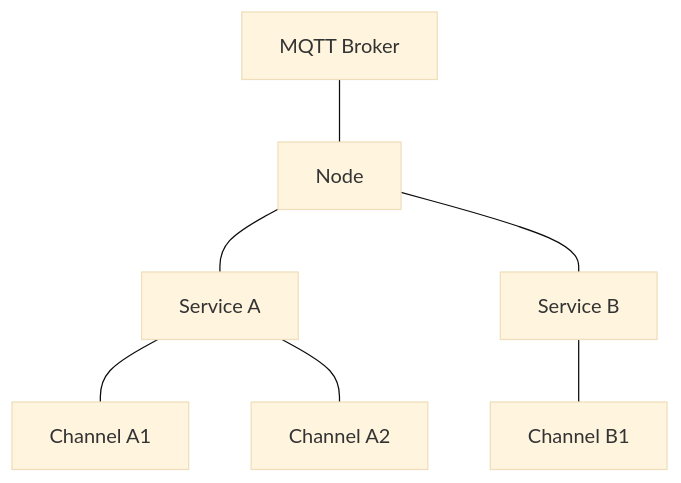
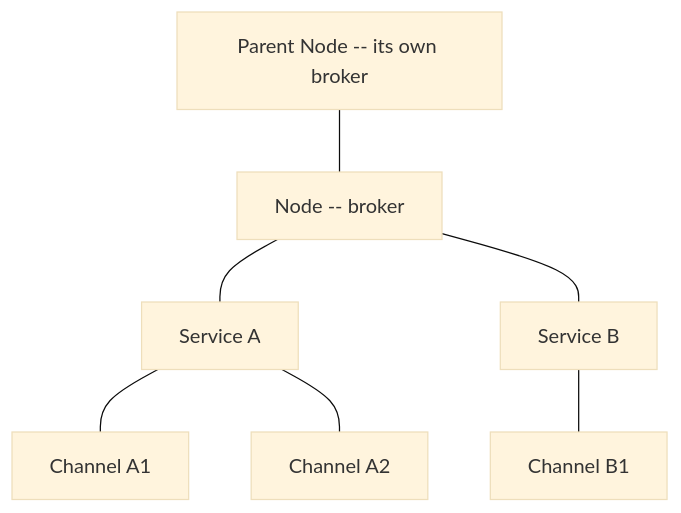
Before and after one commit to BuildLynx/lynx-sdk-python: the first of 9 diagrams in docs/protocol.md, drawn with Mermaid (base theme). The commit also changed other lines of this file, not shown here.

````diff
--- a/docs/protocol.md
+++ b/docs/protocol.md
@@ -28,17 +31,17 @@
 ```mermaid
 graph TD
-    Broker["MQTT Broker"]
-    Node["Node"]
+    ParentNode["Parent Node -- its own broker"]
+    Node["Node -- broker"]
     ServiceA["Service A"]
     ServiceB["Service B"]
     ChannelA1["Channel A1"]
     ChannelA2["Channel A2"]
     ChannelB1["Channel B1"]
 
-    Broker --- Node
+    ParentNode --- Node
     Node --- ServiceA
     Node --- ServiceB
     ServiceA --- ChannelA1
     ServiceA --- ChannelA2
     ServiceB --- ChannelB1
 ```
````
